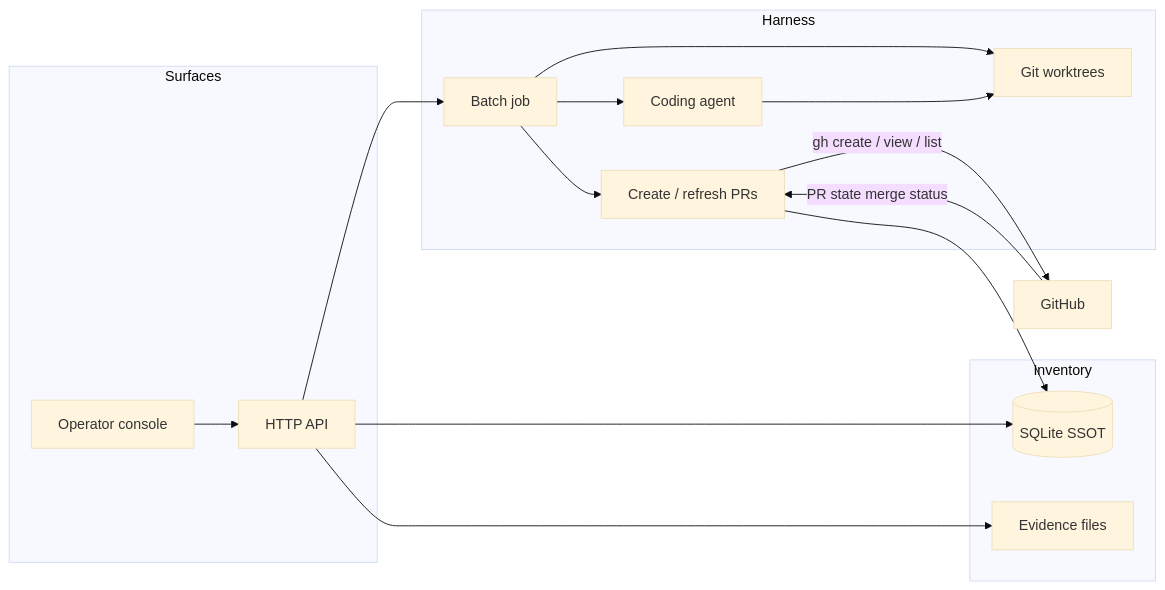
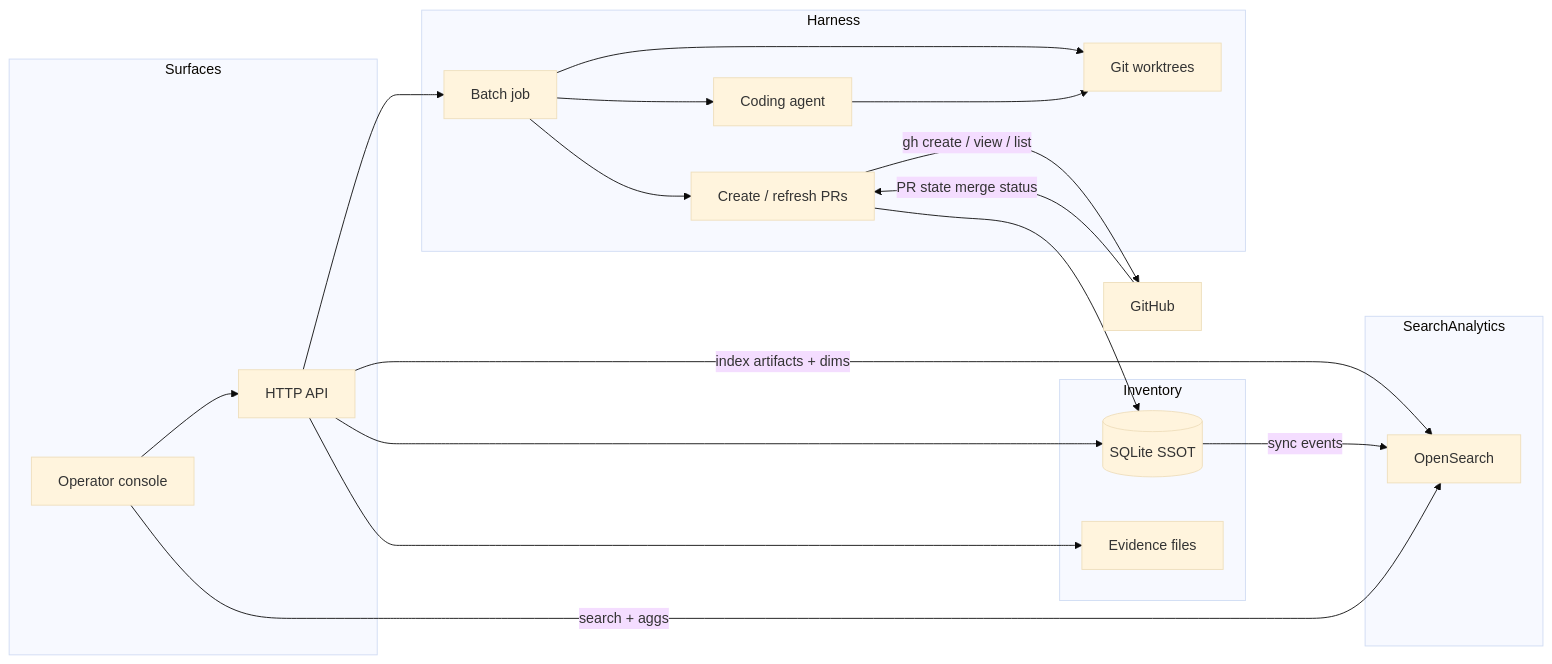
Before and after one commit to binartist/about-me: the diagram in src/en/projects/defect_drainer.md, drawn with Mermaid (base theme). The commit also changed other lines of this file and 1 other file, not shown here.

First line of the commit message:
Document DefectDrainer OpenSearch search and analytics.

````diff
--- a/src/en/projects/defect_drainer.md
+++ b/src/en/projects/defect_drainer.md
@@ -32,29 +34,35 @@
 ```mermaid
 flowchart LR
   subgraph Surfaces
     Console[Operator console]
     API[HTTP API]
   end
   subgraph Inventory
     SQLite[(SQLite SSOT)]
     Evidence[Evidence files]
   end
   subgraph Harness
     Batch[Batch job]
     WT[Git worktrees]
     Agent[Coding agent]
     PR[Create / refresh PRs]
   end
+  subgraph SearchAnalytics
+    OS[OpenSearch]
+  end
   GH[GitHub]
   Console --> API
   API --> SQLite
   API --> Evidence
   API --> Batch
   Batch --> WT
   Batch --> Agent
   Agent --> WT
   Batch --> PR
   PR -->|gh create / view / list| GH
   GH -->|PR state merge status| PR
   PR --> SQLite
+  API -->|index artifacts + dims| OS
+  SQLite -->|sync events| OS
+  Console -->|search + aggs| OS
 ```
````
